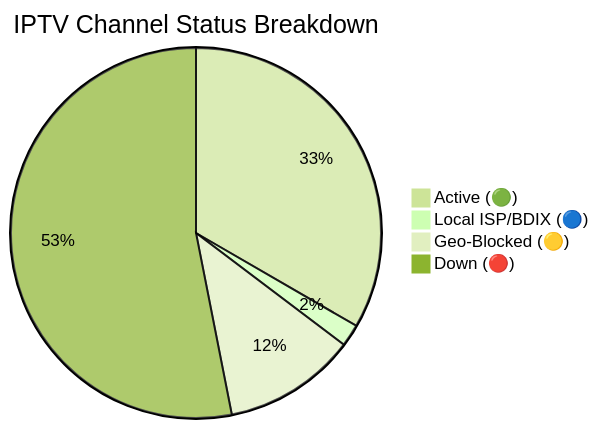
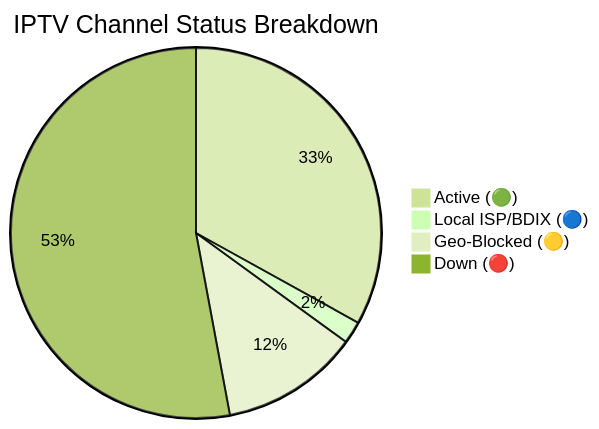
Before and after one commit to andreataylord/Ip-tv-Collection: the diagram in README.md, drawn with Mermaid (forest theme). The commit also changed other lines of this file and 1 other file, not shown here.

Commit message:
docs(readme): auto-update daily channel status chart

````diff
--- a/README.md
+++ b/README.md
@@ -59,7 +59,7 @@
 ```mermaid
 pie title IPTV Channel Status Breakdown
-    "Active (🟢)" : 2194
+    "Active (🟢)" : 2174
     "Local ISP/BDIX (🔵)" : 128
-    "Geo-Blocked (🟡)" : 763
-    "Down (🔴)" : 3493
+    "Geo-Blocked (🟡)" : 794
+    "Down (🔴)" : 3482
 ```
````
